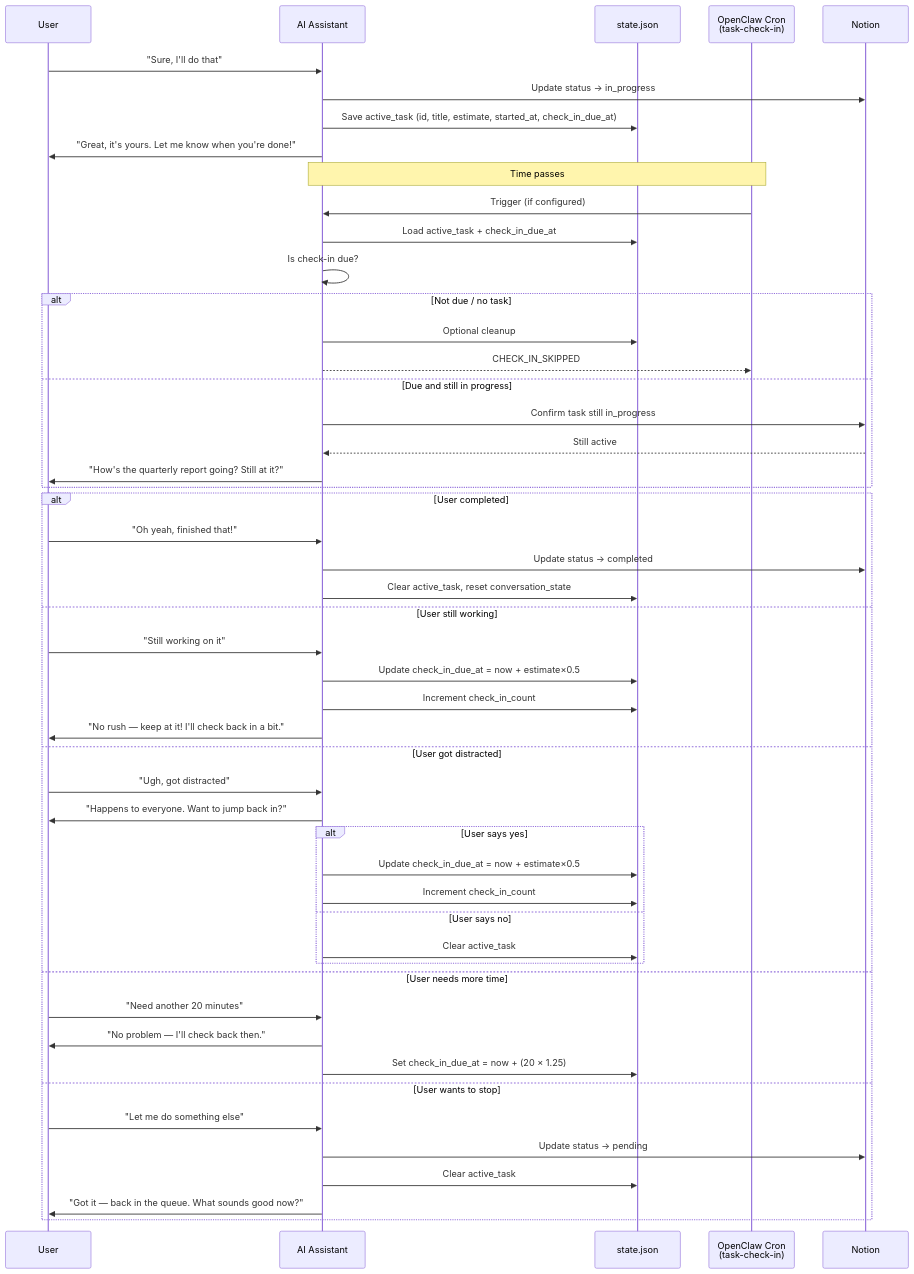
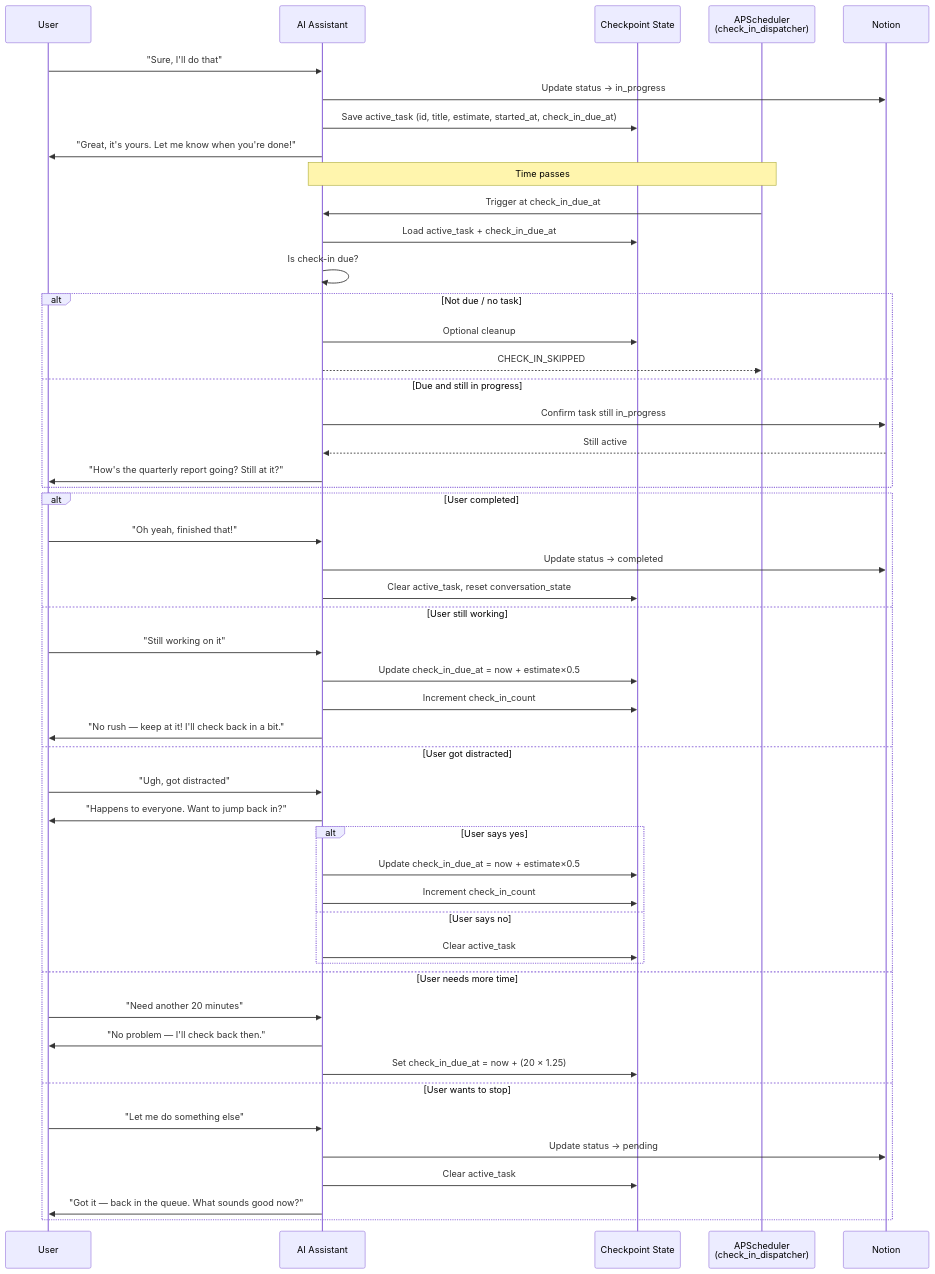
Diagram 20 of 28 in docs/user-interactions.md (NickBorgersProbably/hide-my-list), drawn with Mermaid before and after one commit. The commit also changed other lines of this file and 34 other files, not shown here.

First line of the commit message:
phase-d/D1-delete: remove OpenClaw runtime files

````diff
--- a/docs/user-interactions.md
+++ b/docs/user-interactions.md
@@ -618,56 +618,56 @@
 ```mermaid
 sequenceDiagram
     participant U as User
     participant AI as AI Assistant
-    participant State as state.json
-    participant Cron as OpenClaw Cron<br/>(task-check-in)
+    participant State as Checkpoint State
+    participant Sched as APScheduler<br/>(check_in_dispatcher)
     participant N as Notion
 
     U->>AI: "Sure, I'll do that"
     AI->>N: Update status → in_progress
     AI->>State: Save active_task (id, title, estimate, started_at, check_in_due_at)
     AI->>U: "Great, it's yours. Let me know when you're done!"
 
-    Note over AI,Cron: Time passes
+    Note over AI,Sched: Time passes
 
-    Cron->>AI: Trigger (if configured)
+    Sched->>AI: Trigger at check_in_due_at
     AI->>State: Load active_task + check_in_due_at
     AI->>AI: Is check-in due?
     alt Not due / no task
         AI->>State: Optional cleanup
-        AI-->>Cron: CHECK_IN_SKIPPED
+        AI-->>Sched: CHECK_IN_SKIPPED
     else Due and still in progress
         AI->>N: Confirm task still in_progress
         N-->>AI: Still active
         AI->>U: "How's the quarterly report going? Still at it?"
     end
 
     alt User completed
         U->>AI: "Oh yeah, finished that!"
         AI->>N: Update status → completed
         AI->>State: Clear active_task, reset conversation_state
     else User still working
         U->>AI: "Still working on it"
         AI->>State: Update check_in_due_at = now + estimate×0.5
         AI->>State: Increment check_in_count
         AI->>U: "No rush — keep at it! I'll check back in a bit."
     else User got distracted
         U->>AI: "Ugh, got distracted"
         AI->>U: "Happens to everyone. Want to jump back in?"
         alt User says yes
             AI->>State: Update check_in_due_at = now + estimate×0.5
             AI->>State: Increment check_in_count
         else User says no
             AI->>State: Clear active_task
         end
     else User needs more time
         U->>AI: "Need another 20 minutes"
         AI->>U: "No problem — I'll check back then."
         AI->>State: Set check_in_due_at = now + (20 × 1.25)
     else User wants to stop
         U->>AI: "Let me do something else"
         AI->>N: Update status → pending
         AI->>State: Clear active_task
         AI->>U: "Got it — back in the queue. What sounds good now?"
     end
 ```
````
